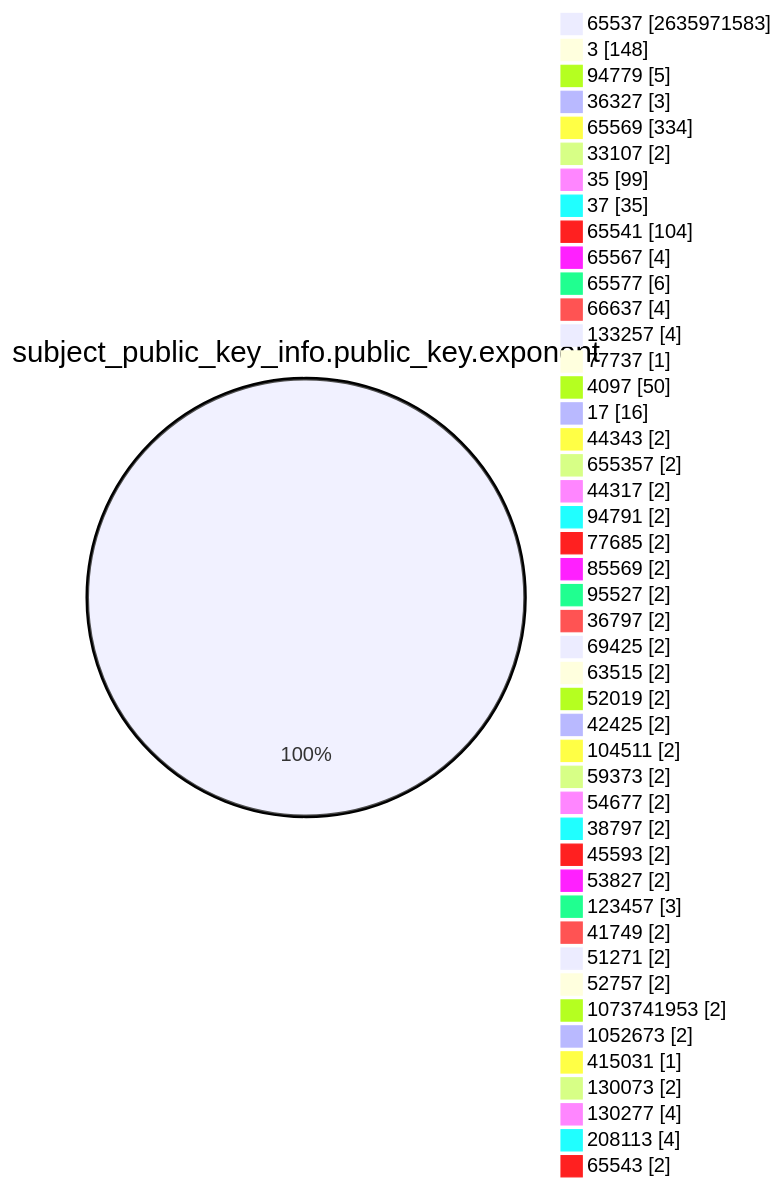
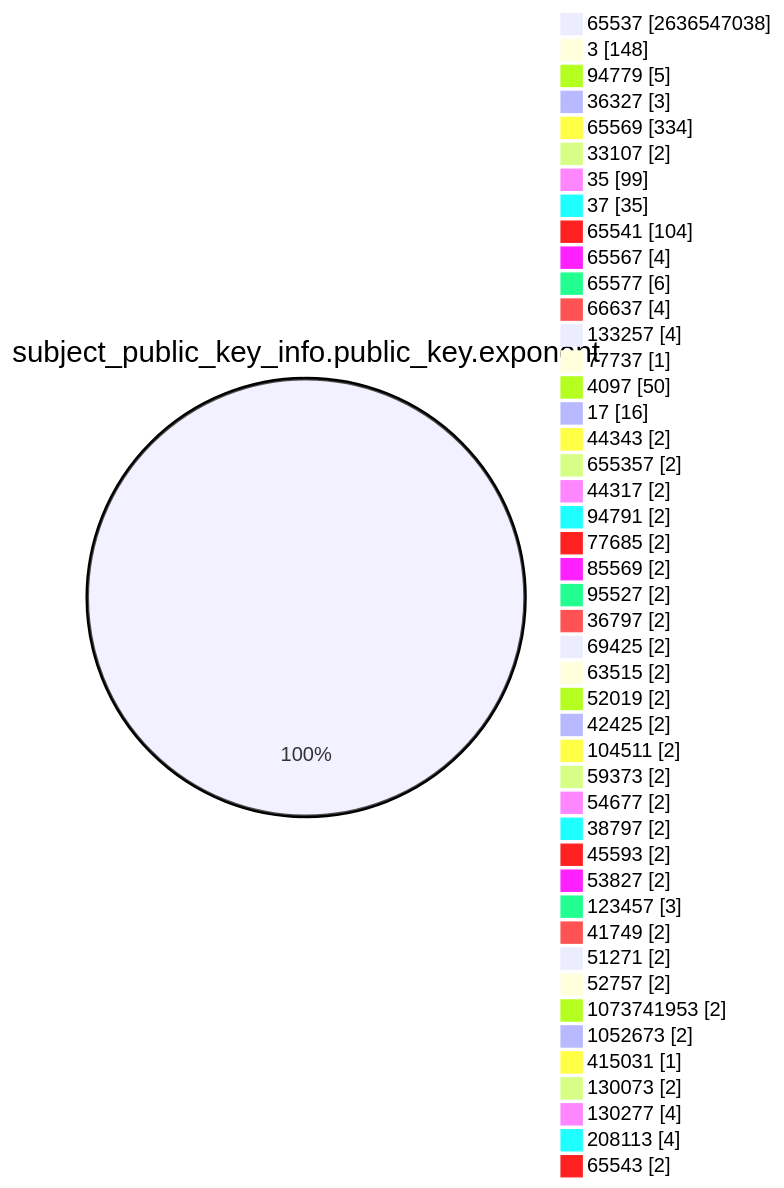
The fourth of 15 diagrams in TOTAL/README.md (christiankrug/ctmonitor_visualization), drawn with Mermaid before and after one commit. The commit also changed other lines of this file, not shown here.

````diff
--- a/TOTAL/README.md
+++ b/TOTAL/README.md
@@ -1467,49 +1467,49 @@
 ```mermaid
 pie showData
 title subject_public_key_info.public_key.exponent
-"65537" :2635971583
+"65537" :2636547038
 "3" :148
 "94779" :5
 "36327" :3
 "65569" :334
 "33107" :2
 "35" :99
 "37" :35
 "65541" :104
 "65567" :4
 "65577" :6
 "66637" :4
 "133257" :4
 "77737" :1
 "4097" :50
 "17" :16
 "44343" :2
 "655357" :2
 "44317" :2
 "94791" :2
 "77685" :2
 "85569" :2
 "95527" :2
 "36797" :2
 "69425" :2
 "63515" :2
 "52019" :2
 "42425" :2
 "104511" :2
 "59373" :2
 "54677" :2
 "38797" :2
 "45593" :2
 "53827" :2
 "123457" :3
 "41749" :2
 "51271" :2
 "52757" :2
 "1073741953" :2
 "1052673" :2
 "415031" :1
 "130073" :2
 "130277" :4
 "208113" :4
 "65543" :2
 ```
````
